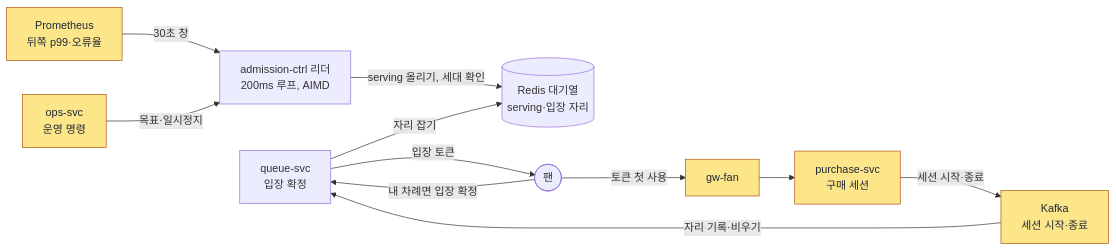
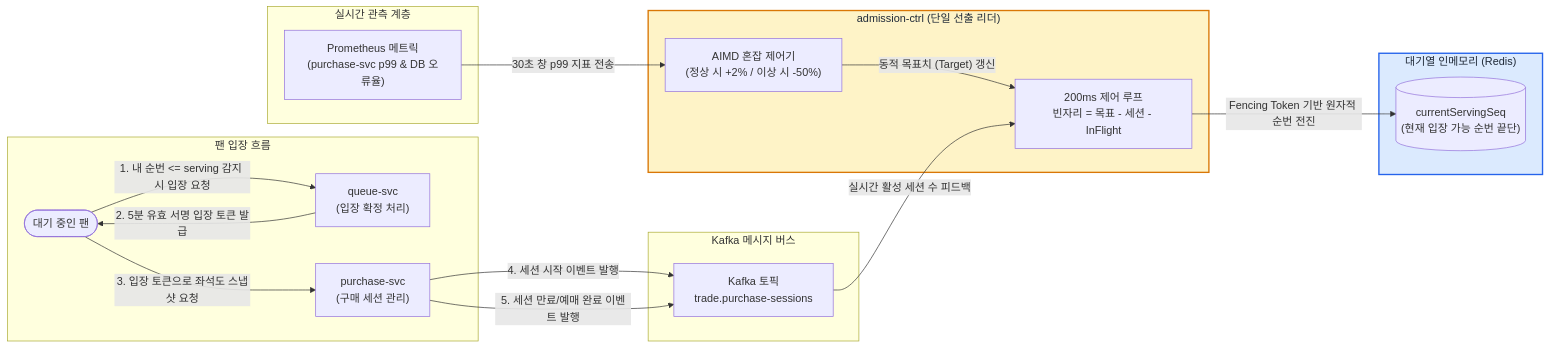
Before and after one commit to peaket/peaket: the seventh of 18 diagrams in docs/walkthrough/01-system-design.md, drawn with Mermaid. The commit also changed other lines of this file and 77 other files, not shown here.

````diff
--- a/docs/walkthrough/01-system-design.md
+++ b/docs/walkthrough/01-system-design.md
@@ -546,23 +831,42 @@
 ```mermaid
 flowchart LR
-    prom["Prometheus<br/>뒤쪽 p99·오류율"]:::new
-    adm["admission-ctrl 리더<br/>200ms 루프, AIMD"]
-    qredis[("Redis 대기열<br/>serving·입장 자리")]
-    qsvc["queue-svc<br/>입장 확정"]
-    fan(["팬"])
-    gwf["gw-fan"]:::new
-    purchase["purchase-svc<br/>구매 세션"]:::new
-    kafka["Kafka<br/>세션 시작·종료"]:::new
-    opsc["ops-svc<br/>운영 명령"]:::new
-    prom -->|"30초 창"| adm
-    adm -->|"serving 올리기, 세대 확인"| qredis
-    fan -->|"내 차례면 입장 확정"| qsvc
-    qsvc -->|"자리 잡기"| qredis
-    qsvc -->|"입장 토큰"| fan
-    fan -->|"토큰 첫 사용"| gwf
-    gwf --> purchase
-    purchase -->|"세션 시작·종료"| kafka
-    kafka -->|"자리 기록·비우기"| qsvc
-    opsc -->|"목표·일시정지"| adm
-    classDef new fill:#fde68a,stroke:#b45309,color:#1f2937
+    subgraph Observability["실시간 관측 계층"]
+        prom["Prometheus 메트릭<br/>(purchase-svc p99 & DB 오류율)"]
+    end
+
+    subgraph AdmissionController["admission-ctrl (단일 선출 리더)"]
+        aimd["AIMD 혼잡 제어기<br/>(정상 시 +2% / 이상 시 -50%)"]
+        loop["200ms 제어 루프<br/>빈자리 = 목표 - 세션 - InFlight"]
+    end
+
+    subgraph QueueStorage["대기열 인메모리 (Redis)"]
+        serving[("currentServingSeq<br/>(현재 입장 가능 순번 끝단)")]
+    end
+
+    subgraph ClientFlow["팬 입장 흐름"]
+        fan(["대기 중인 팬"])
+        qsvc["queue-svc<br/>(입장 확정 처리)"]
+        pur["purchase-svc<br/>(구매 세션 관리)"]
+    end
+
+    subgraph EventBus["Kafka 메시지 버스"]
+        sessionTopic["Kafka 토픽<br/>trade.purchase-sessions"]
+    end
+
+    prom -->|"30초 창 p99 지표 전송"| aimd
+    aimd -->|"동적 목표치 (Target) 갱신"| loop
+    loop -->|"Fencing Token 기반 원자적 순번 전진"| serving
+
+    fan -->|"1. 내 순번 <= serving 감지 시 입장 요청"| qsvc
+    qsvc -->|"2. 5분 유효 서명 입장 토큰 발급"| fan
+    fan -->|"3. 입장 토큰으로 좌석도 스냅샷 요청"| pur
+
+    pur -->|"4. 세션 시작 이벤트 발행"| sessionTopic
+    pur -->|"5. 세션 만료/예매 완료 이벤트 발행"| sessionTopic
+    sessionTopic -->|"실시간 활성 세션 수 피드백"| loop
+
+    classDef ctrl fill:#fef3c7,stroke:#d97706,stroke-width:2px,color:#1f2937
+    classDef storage fill:#dbeafe,stroke:#2563eb,stroke-width:2px,color:#1f2937
+    class AdmissionController ctrl
+    class QueueStorage storage
 ```
````
